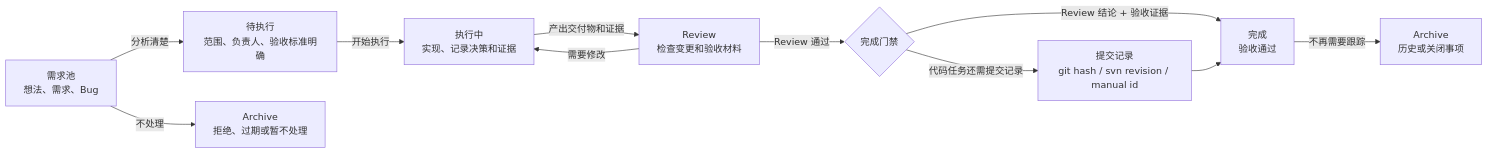
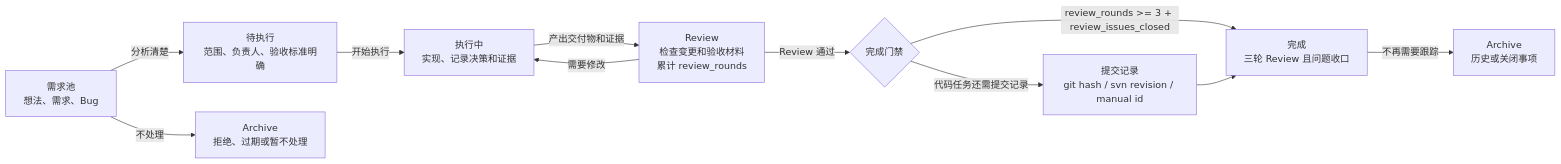
The first of 2 diagrams in obsidian-project-workflow/README.md (giarld/skills), drawn with Mermaid before and after one commit. The commit also changed other lines of this file and 5 other files, not shown here.

Commit message:
enforce obsidian review completion gate

````diff
--- a/obsidian-project-workflow/README.md
+++ b/obsidian-project-workflow/README.md
@@ -89,21 +89,21 @@
 ```mermaid
 flowchart LR
     idea["需求池<br/>想法、需求、Bug"]
     ready["待执行<br/>范围、负责人、验收标准明确"]
     doing["执行中<br/>实现、记录决策和证据"]
-    review["Review<br/>检查变更和验收材料"]
-    done["完成<br/>验收通过"]
+    review["Review<br/>检查变更和验收材料<br/>累计 review_rounds"]
+    done["完成<br/>三轮 Review 且问题收口"]
     archive["Archive<br/>历史或关闭事项"]
     rejected["Archive<br/>拒绝、过期或暂不处理"]
 
     idea -->|"分析清楚"| ready
     idea -->|"不处理"| rejected
     ready -->|"开始执行"| doing
     doing -->|"产出交付物和证据"| review
     review -->|"需要修改"| doing
     review -->|"Review 通过"| gate{"完成门禁"}
-    gate -->|"Review 结论 + 验收证据"| done
+    gate -->|"review_rounds >= 3 + review_issues_closed"| done
     gate -->|"代码任务还需提交记录"| commit["提交记录<br/>git hash / svn revision / manual id"]
     commit --> done
     done -->|"不再需要跟踪"| archive
 ```
````
